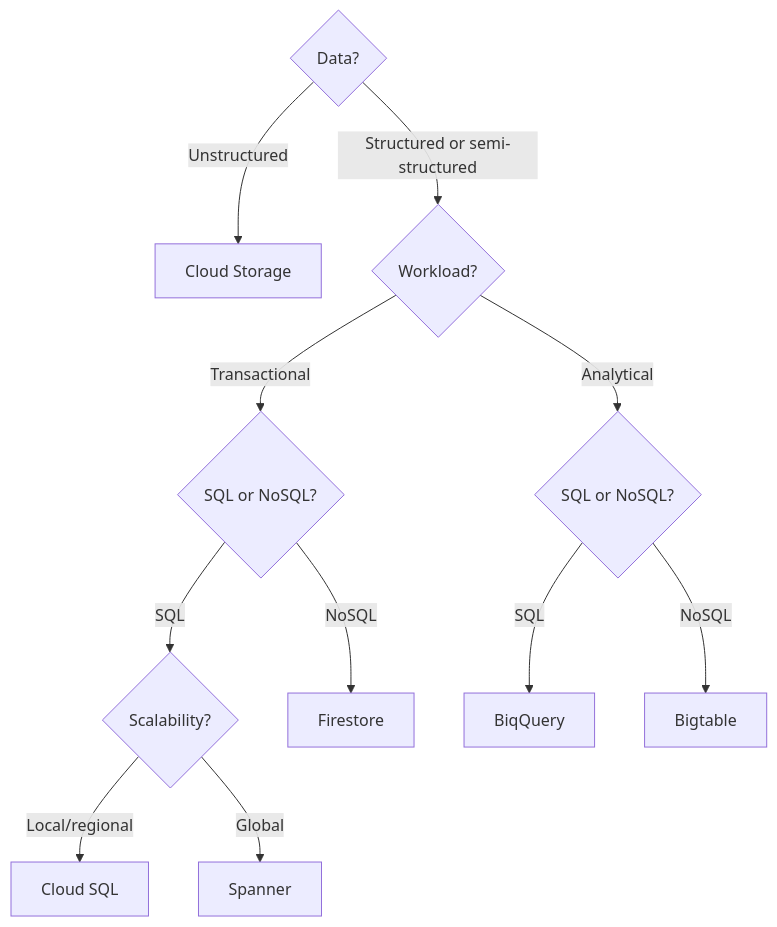
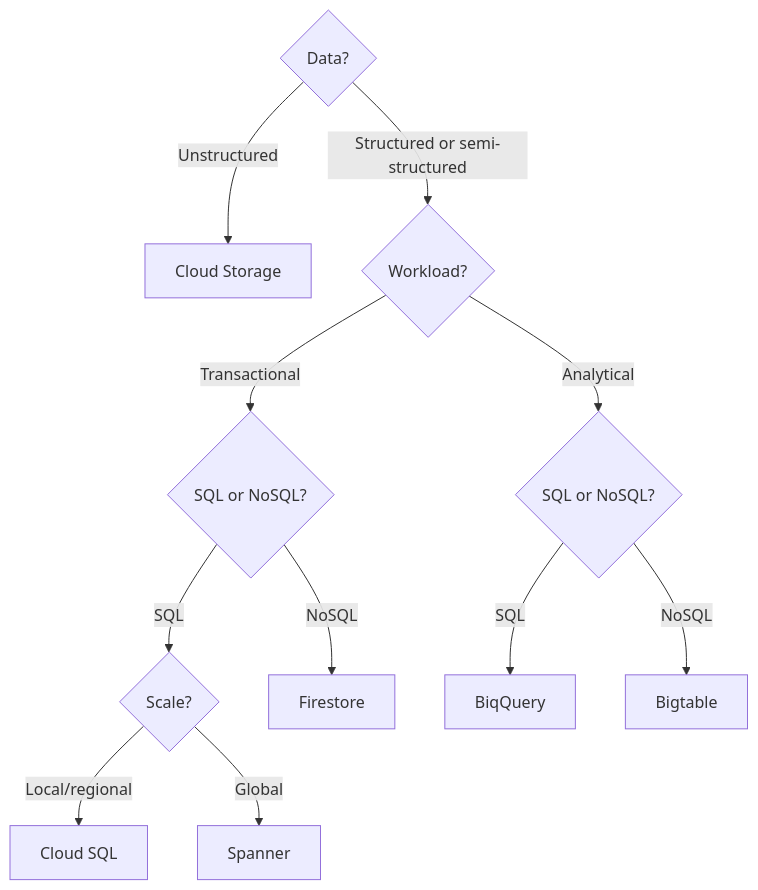
Before and after one commit to gabrielakbarov/gcp-digital-leader: the diagram in 2 - Exploring Data Transformation with Google Cloud/2 - Exploring Data Transformation with Google Cloud.md, drawn with Mermaid. The commit also changed 1 other file, not shown here.

````diff
--- a/2 - Exploring Data Transformation with Google Cloud/2 - Exploring Data Transformation with Google Cloud.md
+++ b/2 - Exploring Data Transformation with Google Cloud/2 - Exploring Data Transformation with Google Cloud.md
@@ -34,15 +34,15 @@
 ```mermaid
     graph TD 
       A{Data?}
       A --> |Unstructured| B[Cloud Storage]
       A --> |Structured or semi-structured| C{Workload?}
       C --> |Transactional|D{SQL or NoSQL?}
       C --> |Analytical|E{SQL or NoSQL?}
-      D --> |SQL|F{Scalability?}
+      D --> |SQL|F{Scale?}
       D --> |NoSQL|G[Firestore]
       F --> |Local/regional|H[Cloud SQL]
       F --> |Global|I[Spanner]
       E --> |SQL|J[BiqQuery]
       E --> |NoSQL|K[Bigtable]
       
 ```
````
